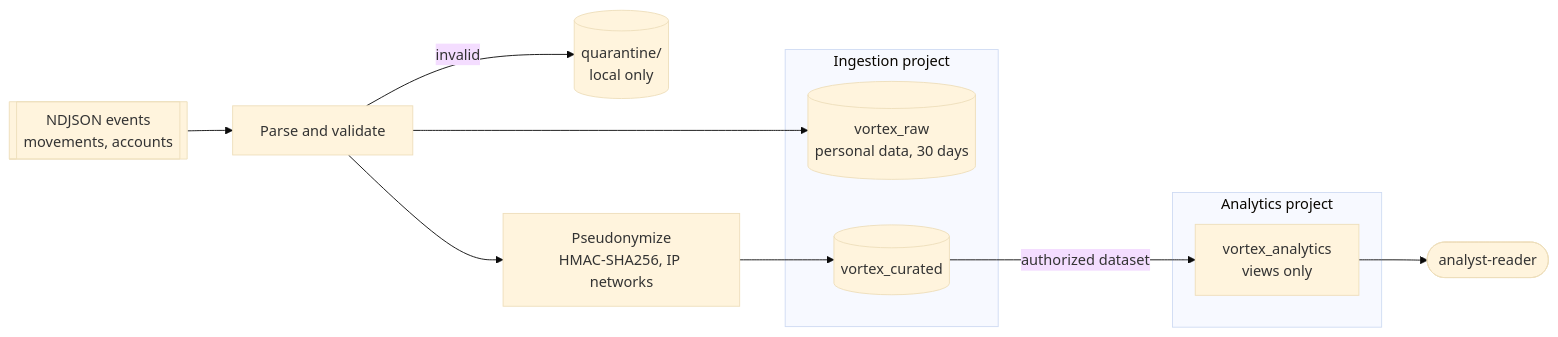
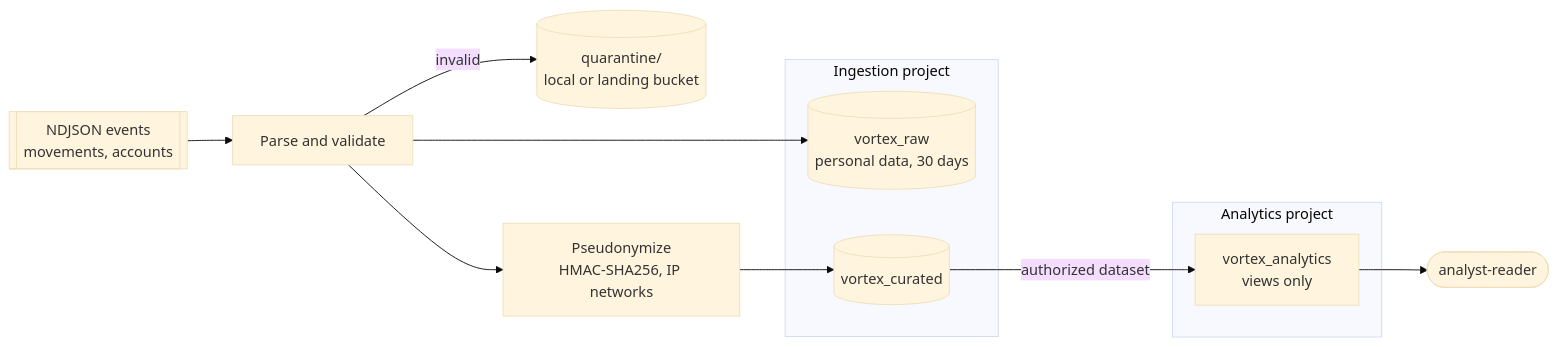
The diagram in data/README.md (caiocv18/vortex), drawn with Mermaid (base theme) before and after one commit. The commit also changed other lines of this file and 7 other files, not shown here.

````diff
--- a/data/README.md
+++ b/data/README.md
@@ -5,17 +5,17 @@
 ```mermaid
 flowchart LR
     events[[NDJSON events<br/>movements, accounts]] --> parse[Parse and validate]
-    parse -->|invalid| quarantine[(quarantine/<br/>local only)]
+    parse -->|invalid| quarantine[(quarantine/<br/>local or landing bucket)]
     parse --> raw[(vortex_raw<br/>personal data, 30 days)]
     parse --> curate[Pseudonymize<br/>HMAC-SHA256, IP networks]
     curate --> curated[(vortex_curated)]
     curated -->|authorized dataset| views[vortex_analytics<br/>views only]
     views --> analyst([analyst-reader])
     subgraph ingest [Ingestion project]
         raw
         curated
     end
     subgraph analytics [Analytics project]
         views
     end
 ```
````
